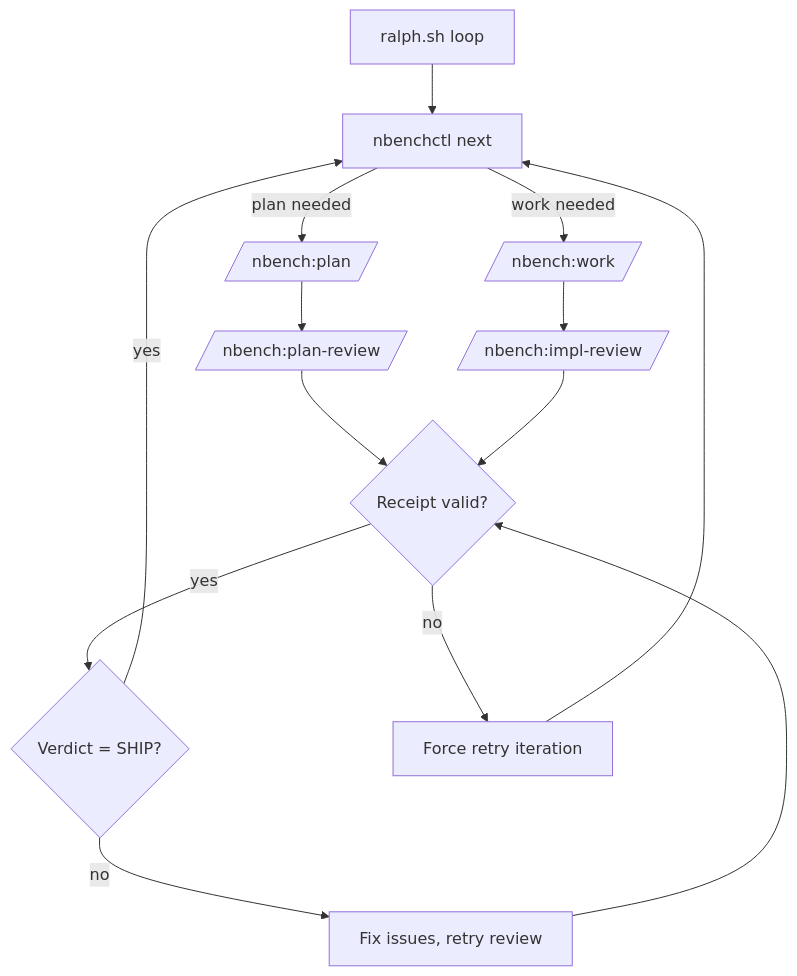
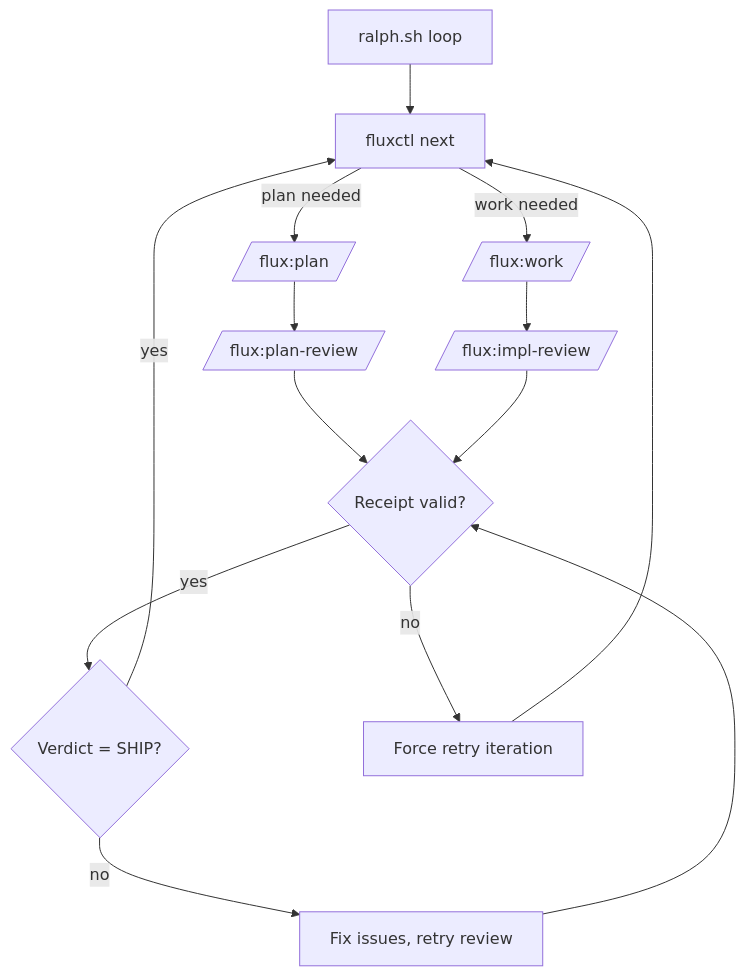
Before and after one commit to Nairon-AI/n-bench-opencode: the diagram in docs/ralph.md, drawn with Mermaid. The commit also changed other lines of this file and 155 other files, not shown here.

````diff
--- a/docs/ralph.md
+++ b/docs/ralph.md
@@ -120,16 +120,16 @@
 ```mermaid
 flowchart TD
-  A[ralph.sh loop] --> B[nbenchctl next]
-  B -->|plan needed| C[/nbench:plan/]
-  C --> D[/nbench:plan-review/]
-  B -->|work needed| E[/nbench:work/]
-  E --> F[/nbench:impl-review/]
+  A[ralph.sh loop] --> B[fluxctl next]
+  B -->|plan needed| C[/flux:plan/]
+  C --> D[/flux:plan-review/]
+  B -->|work needed| E[/flux:work/]
+  E --> F[/flux:impl-review/]
   D --> G{Receipt valid?}
   F --> G
   G -- yes --> H{Verdict = SHIP?}
   H -- yes --> B
   H -- no --> I[Fix issues, retry review]
   I --> G
   G -- no --> J[Force retry iteration]
   J --> B
 ```
````
